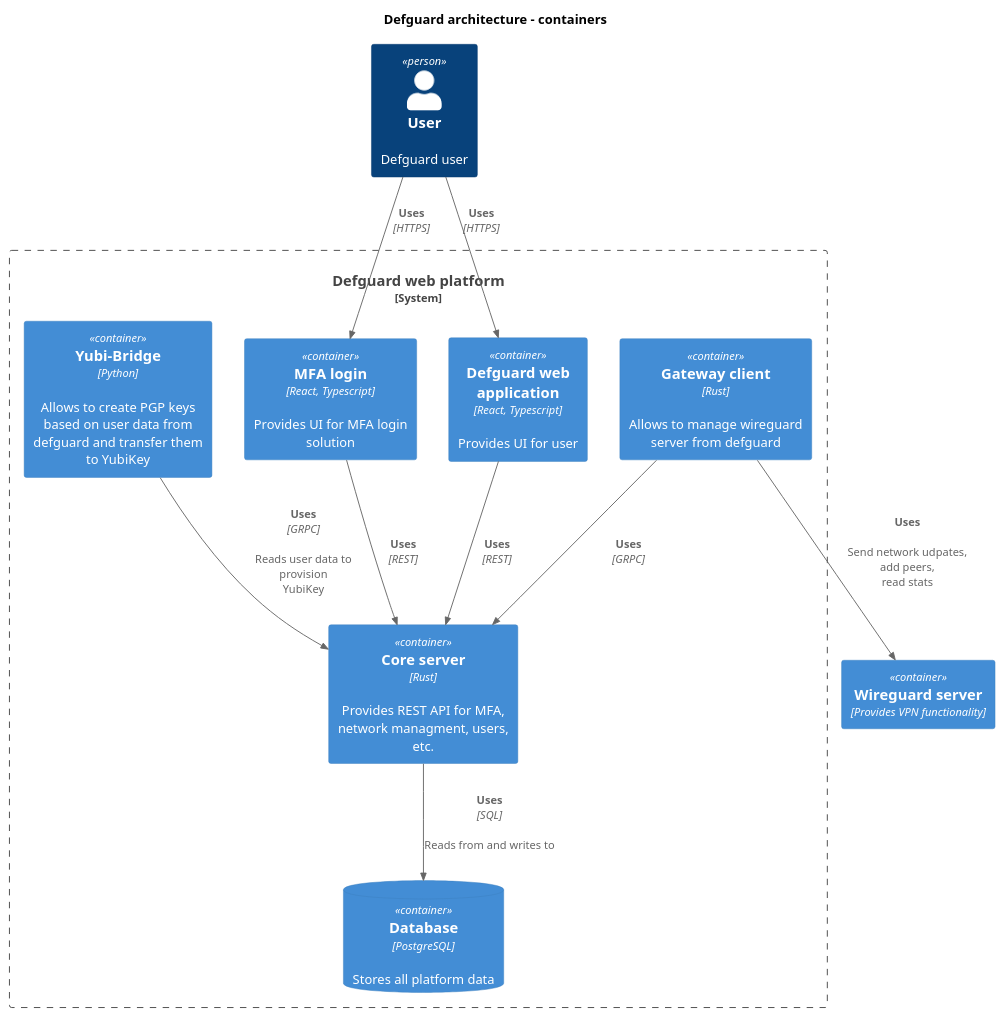
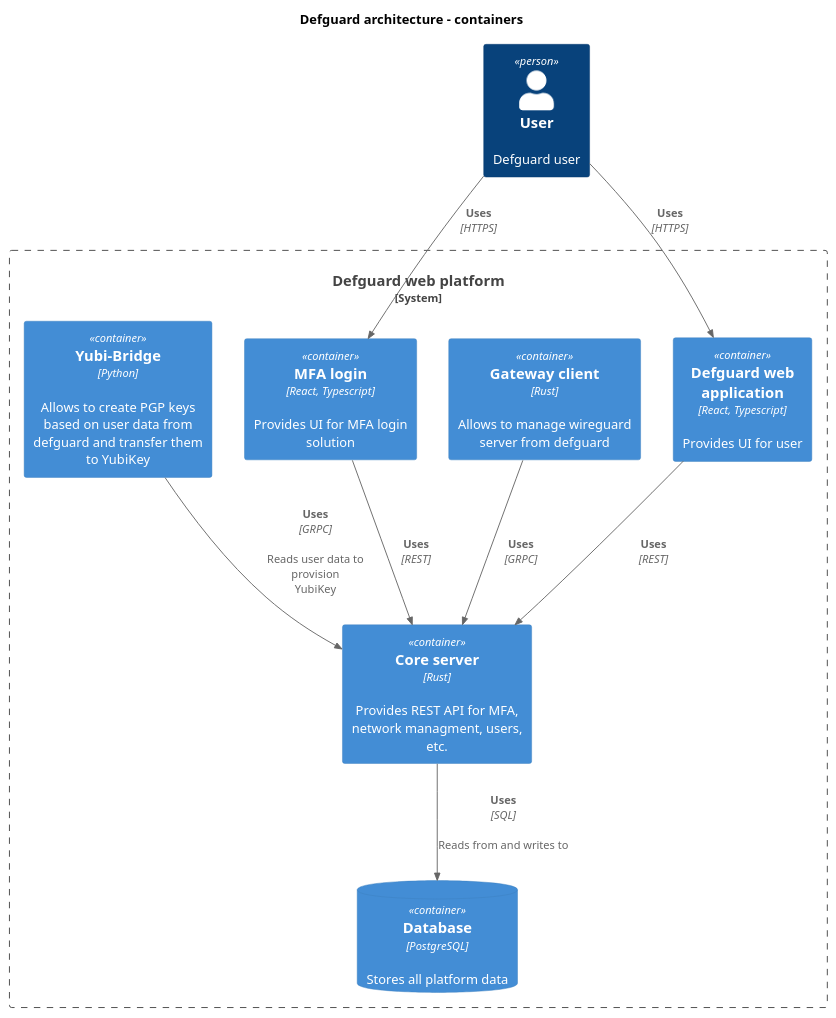
The diagram in in-depth/puml/architecture-containers.puml (DefGuard/docs), drawn with PlantUML before and after one commit. The commit also changed 1 other file, not shown here.

Commit message:
fix: containers and context architecture

```diff
--- a/in-depth/puml/architecture-containers.puml
+++ b/in-depth/puml/architecture-containers.puml
@@ -1,23 +1,21 @@
 @startuml 
 title Defguard architecture - containers
 !include https://raw.githubusercontent.com/plantuml-stdlib/C4-PlantUML/master/C4_Container.puml
 
 Person(user, "User", "Defguard user")
-Container(wireguard, "Wireguard server", "Provides VPN functionality")
 System_Boundary(c1, "Defguard web platform") {
     Container(mfa, "MFA login", "React, Typescript", "Provides UI for MFA login solution")
     Container(core_server, "Core server", "Rust", "Provides REST API for MFA, network managment, users, etc.")
     Container(gateway, "Gateway client", "Rust", "Allows to manage wireguard server from defguard")
     Container(web_app, "Defguard web application", "React, Typescript", "Provides UI for user")
     ContainerDb(db, "Database", "PostgreSQL", "Stores all platform data")
     Container(yubibridge, "Yubi-Bridge", "Python", "Allows to create PGP keys based on user data from defguard and transfer them to YubiKey")
 }
 Rel(user, mfa, "Uses", "HTTPS", $tags="firewall")
 Rel(user, web_app, "Uses", "HTTPS", $tags="firewall")
 Rel(web_app, core_server, "Uses", "REST")
 Rel(mfa, core_server, "Uses", "REST")
 Rel(gateway, core_server, "Uses", "GRPC","")
-Rel(gateway, wireguard, "Uses", "", "Send network udpates, add peers, read stats")
 Rel(core_server, db, "Uses", "SQL", "Reads from and writes to")
 Rel(yubibridge, core_server, "Uses", "GRPC", "Reads user data to provision YubiKey")
 @enduml
```
